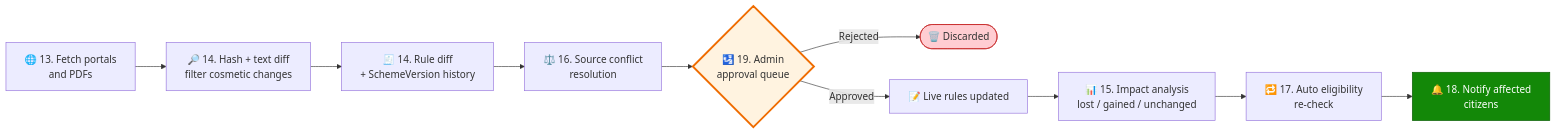
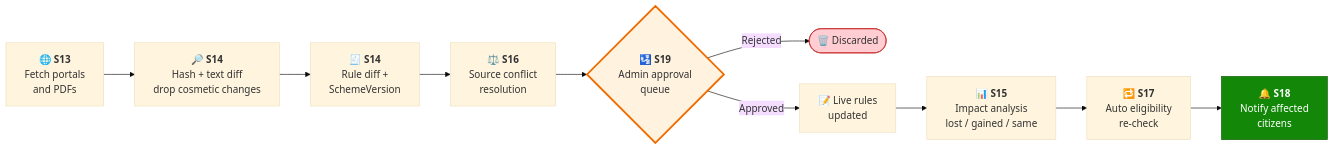
Diagram 16 of 20 in README.md (Akshatsrii/Adhikar), drawn with Mermaid before and after one commit. The commit also changed other lines of this file, not shown here.

````diff
--- a/README.md
+++ b/README.md
@@ -526,16 +802,17 @@
 ```mermaid
+%%{init: {'theme':'base','themeVariables':{'fontFamily':'Segoe UI, Arial'}}}%%
 flowchart LR
-    A["🌐 13. Fetch portals<br/>and PDFs"] --> B["🔎 14. Hash + text diff<br/>filter cosmetic changes"]
-    B --> C["🧾 14. Rule diff<br/>+ SchemeVersion history"]
-    C --> D["⚖️ 16. Source conflict<br/>resolution"]
-    D --> E{"🛂 19. Admin<br/>approval queue"}
+    A["🌐 <b>S13</b><br/>Fetch portals<br/>and PDFs"] --> B["🔎 <b>S14</b><br/>Hash + text diff<br/>drop cosmetic changes"]
+    B --> C["🧾 <b>S14</b><br/>Rule diff +<br/>SchemeVersion"]
+    C --> D["⚖️ <b>S16</b><br/>Source conflict<br/>resolution"]
+    D --> E{"🛂 <b>S19</b><br/>Admin approval<br/>queue"}
     E -->|"Rejected"| Z(["🗑️ Discarded"])
-    E -->|"Approved"| F["📝 Live rules updated"]
-    F --> G["📊 15. Impact analysis<br/>lost / gained / unchanged"]
-    G --> H["🔁 17. Auto eligibility<br/>re-check"]
-    H --> I["🔔 18. Notify affected<br/>citizens"]
+    E -->|"Approved"| F["📝 Live rules<br/>updated"]
+    F --> G["📊 <b>S15</b><br/>Impact analysis<br/>lost / gained / same"]
+    G --> H["🔁 <b>S17</b><br/>Auto eligibility<br/>re-check"]
+    H --> I["🔔 <b>S18</b><br/>Notify affected<br/>citizens"]
 
     style E fill:#fff3e0,stroke:#ef6c00,stroke-width:3px
     style I fill:#138808,color:#fff,stroke:#0b5a05
     style Z fill:#ffcdd2,stroke:#c62828
 ```
````
